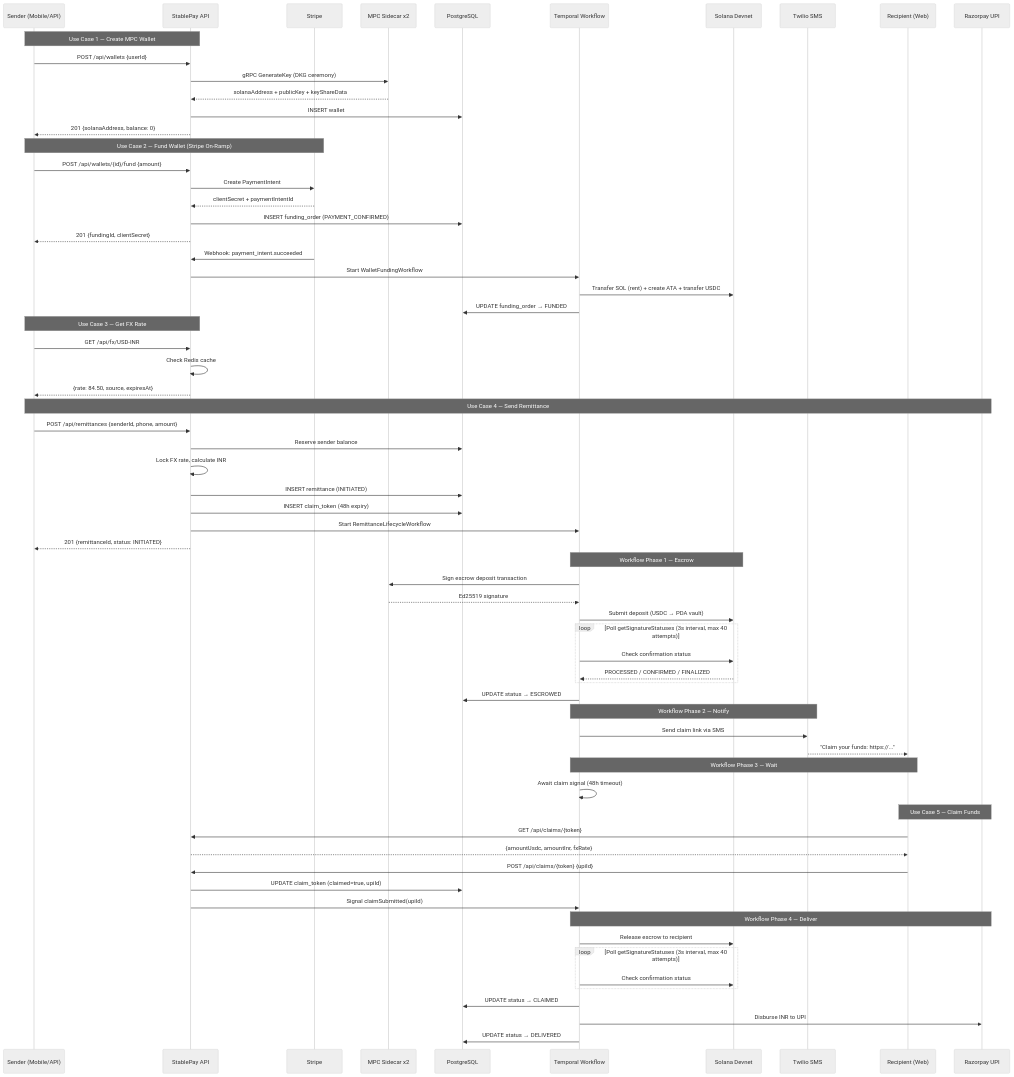
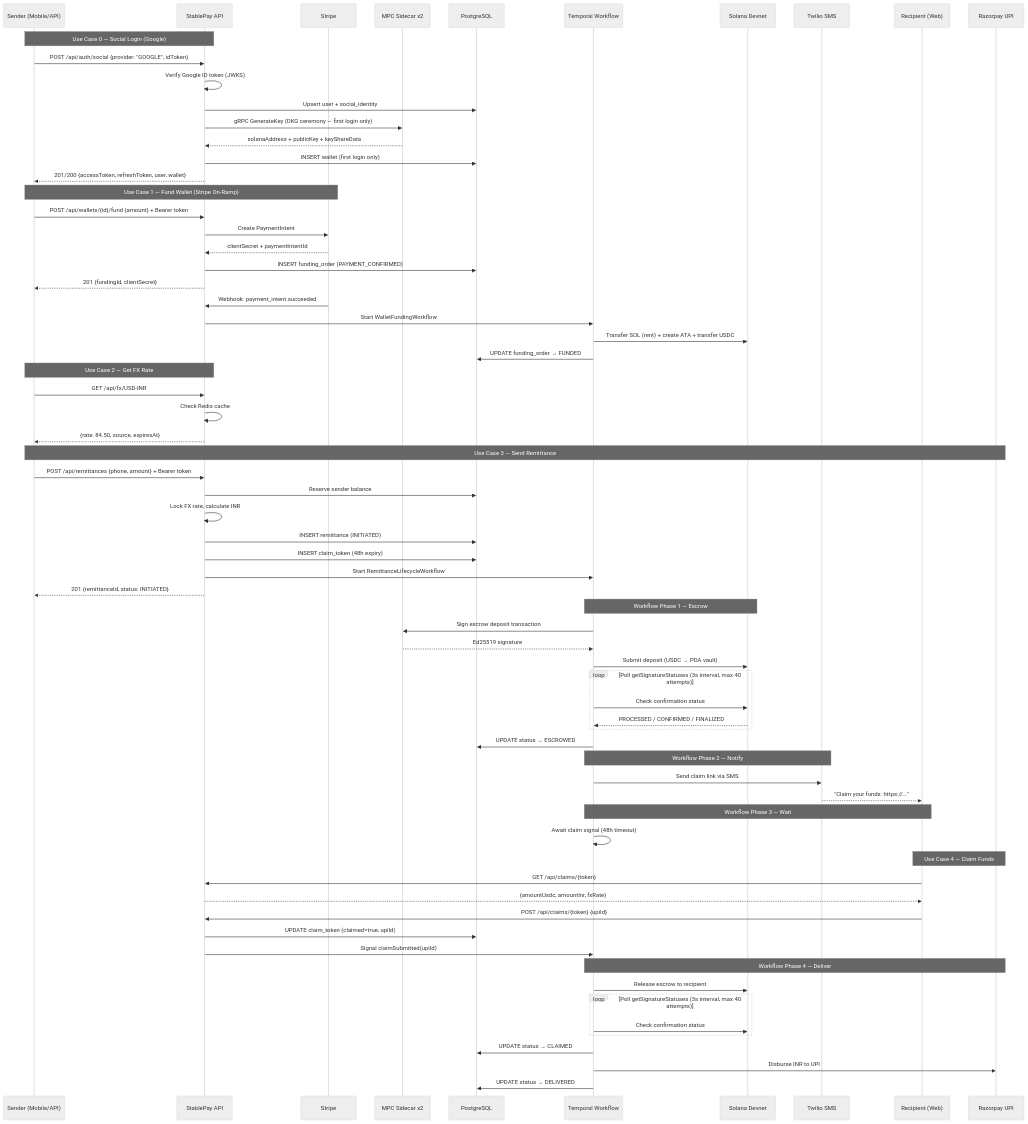
One commit to Puneethkumarck/stablepay-hackathon changed the second of 11 diagrams in README.md. Above: the diagram before and after it, drawn with Mermaid (neutral theme). The commit also changed other lines of this file and 10 other files, not shown here.

First line of the commit message:
feat(STA-104): update README with architecture images, extract Solana accounting model, auth-aware e2e script

````diff
--- a/README.md
+++ b/README.md
@@ -113,78 +122,80 @@
 ```mermaid
 sequenceDiagram
     participant Sender as Sender (Mobile/API)
     participant API as StablePay API
     participant Stripe as Stripe
     participant MPC as MPC Sidecar x2
     participant DB as PostgreSQL
     participant Temporal as Temporal Workflow
     participant Solana as Solana Devnet
     participant SMS as Twilio SMS
     participant Recipient as Recipient (Web)
     participant Razorpay as Razorpay UPI
 
-    Note over Sender,API: Use Case 1 — Create MPC Wallet
-    Sender->>API: POST /api/wallets {userId}
-    API->>MPC: gRPC GenerateKey (DKG ceremony)
+    Note over Sender,API: Use Case 0 — Social Login (Google)
+    Sender->>API: POST /api/auth/social {provider: "GOOGLE", idToken}
+    API->>API: Verify Google ID token (JWKS)
+    API->>DB: Upsert user + social_identity
+    API->>MPC: gRPC GenerateKey (DKG ceremony — first login only)
     MPC-->>API: solanaAddress + publicKey + keyShareData
-    API->>DB: INSERT wallet
-    API-->>Sender: 201 {solanaAddress, balance: 0}
+    API->>DB: INSERT wallet (first login only)
+    API-->>Sender: 201/200 {accessToken, refreshToken, user, wallet}
 
-    Note over Sender,Stripe: Use Case 2 — Fund Wallet (Stripe On-Ramp)
-    Sender->>API: POST /api/wallets/{id}/fund {amount}
+    Note over Sender,Stripe: Use Case 1 — Fund Wallet (Stripe On-Ramp)
+    Sender->>API: POST /api/wallets/{id}/fund {amount} + Bearer token
     API->>Stripe: Create PaymentIntent
     Stripe-->>API: clientSecret + paymentIntentId
     API->>DB: INSERT funding_order (PAYMENT_CONFIRMED)
     API-->>Sender: 201 {fundingId, clientSecret}
     Stripe->>API: Webhook: payment_intent.succeeded
     API->>Temporal: Start WalletFundingWorkflow
     Temporal->>Solana: Transfer SOL (rent) + create ATA + transfer USDC
     Temporal->>DB: UPDATE funding_order → FUNDED
 
-    Note over Sender,API: Use Case 3 — Get FX Rate
+    Note over Sender,API: Use Case 2 — Get FX Rate
     Sender->>API: GET /api/fx/USD-INR
     API->>API: Check Redis cache
     API-->>Sender: {rate: 84.50, source, expiresAt}
 
-    Note over Sender,Razorpay: Use Case 4 — Send Remittance
-    Sender->>API: POST /api/remittances {senderId, phone, amount}
+    Note over Sender,Razorpay: Use Case 3 — Send Remittance
+    Sender->>API: POST /api/remittances {phone, amount} + Bearer token
     API->>DB: Reserve sender balance
     API->>API: Lock FX rate, calculate INR
     API->>DB: INSERT remittance (INITIATED)
     API->>DB: INSERT claim_token (48h expiry)
     API->>Temporal: Start RemittanceLifecycleWorkflow
     API-->>Sender: 201 {remittanceId, status: INITIATED}
 
     Note over Temporal,Solana: Workflow Phase 1 — Escrow
     Temporal->>MPC: Sign escrow deposit transaction
     MPC-->>Temporal: Ed25519 signature
     Temporal->>Solana: Submit deposit (USDC → PDA vault)
     loop Poll getSignatureStatuses (3s interval, max 40 attempts)
         Temporal->>Solana: Check confirmation status
         Solana-->>Temporal: PROCESSED / CONFIRMED / FINALIZED
     end
     Temporal->>DB: UPDATE status → ESCROWED
 
     Note over Temporal,SMS: Workflow Phase 2 — Notify
     Temporal->>SMS: Send claim link via SMS
     SMS-->>Recipient: "Claim your funds: https://..."
 
     Note over Temporal,Recipient: Workflow Phase 3 — Wait
     Temporal->>Temporal: Await claim signal (48h timeout)
 
-    Note over Recipient,Razorpay: Use Case 5 — Claim Funds
+    Note over Recipient,Razorpay: Use Case 4 — Claim Funds
     Recipient->>API: GET /api/claims/{token}
     API-->>Recipient: {amountUsdc, amountInr, fxRate}
     Recipient->>API: POST /api/claims/{token} {upiId}
     API->>DB: UPDATE claim_token (claimed=true, upiId)
     API->>Temporal: Signal claimSubmitted(upiId)
 
     Note over Temporal,Razorpay: Workflow Phase 4 — Deliver
     Temporal->>Solana: Release escrow to recipient
     loop Poll getSignatureStatuses (3s interval, max 40 attempts)
         Temporal->>Solana: Check confirmation status
     end
     Temporal->>DB: UPDATE status → CLAIMED
     Temporal->>Razorpay: Disburse INR to UPI
     Temporal->>DB: UPDATE status → DELIVERED
 ```
````
